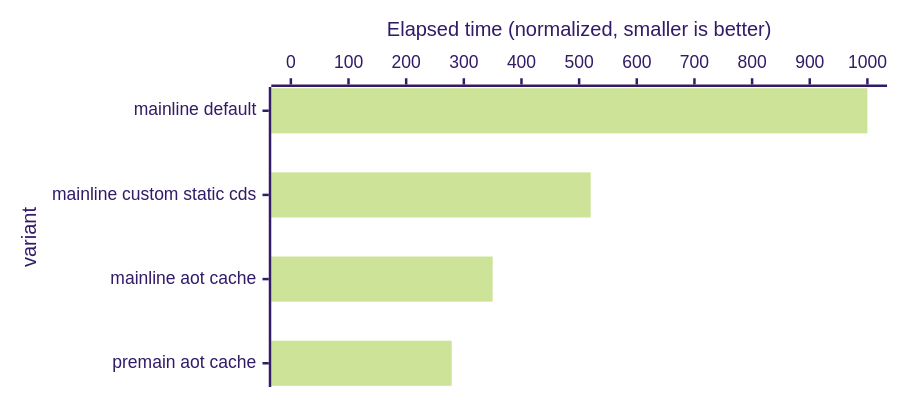
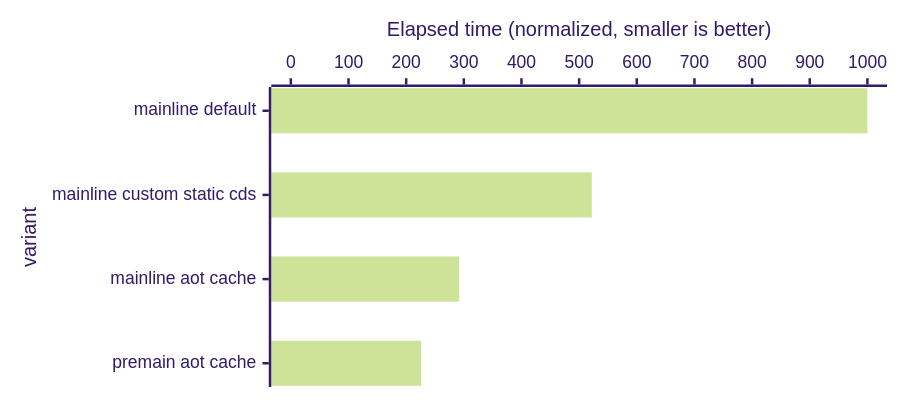
One commit to openjdk/leyden changed the first of 12 diagrams in benchmarks/README.md. Above: the diagram before and after it, drawn with Mermaid. The commit also changed other lines of this file and 4 other files, not shown here.

````diff
--- a/benchmarks/README.md
+++ b/benchmarks/README.md
@@ -124,13 +124,13 @@
 ```mermaid
 ---
 config:
     theme: "forest"
     xyChart:
         chartOrientation: horizontal
         height: 300
 ---
 xychart-beta
     x-axis "variant" ["mainline default", "mainline custom static cds", "mainline aot cache", "premain aot cache"]
     y-axis "Elapsed time (normalized, smaller is better)" 0 --> 1000
-    bar [1000, 520, 350, 279]
+    bar [1000, 522, 292, 226]
 ```
````
